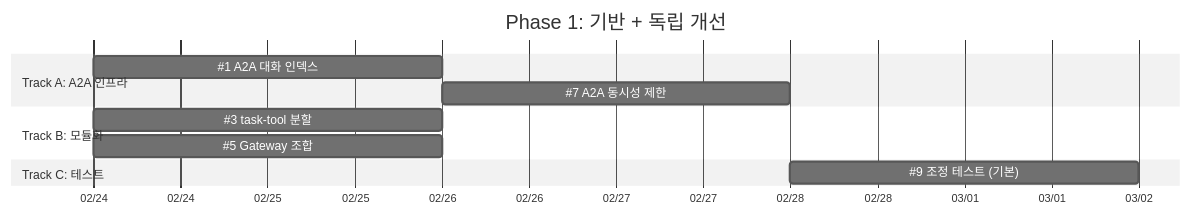
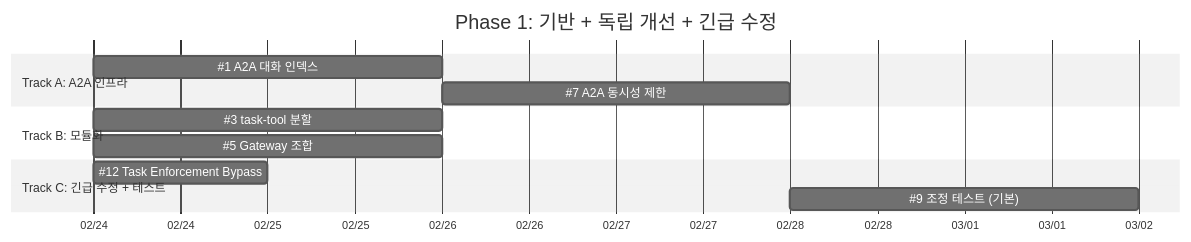
The second of 4 diagrams in prontolab/custom/improvements/ARCHITECTURE-IMPROVEMENTS.md (Pronto-Lab/prontoclaw), drawn with Mermaid (neutral theme) before and after one commit. The commit also changed other lines of this file, not shown here.

Commit message:
docs: fix architecture improvements index consistency (#11, #12 additions)

````diff
--- a/prontolab/custom/improvements/ARCHITECTURE-IMPROVEMENTS.md
+++ b/prontolab/custom/improvements/ARCHITECTURE-IMPROVEMENTS.md
@@ -113,17 +113,18 @@
 ```mermaid
 gantt
-    title Phase 1: 기반 + 독립 개선
+    title Phase 1: 기반 + 독립 개선 + 긴급 수정
     dateFormat  YYYY-MM-DD
     axisFormat  %m/%d
 
     section Track A: A2A 인프라
     #1 A2A 대화 인덱스       :a1, 2026-02-24, 2d
     #7 A2A 동시성 제한       :a7, after a1, 2d
 
     section Track B: 모듈화
     #3 task-tool 분할         :b3, 2026-02-24, 2d
     #5 Gateway 조합           :b5, 2026-02-24, 2d
 
-    section Track C: 테스트
+    section Track C: 긴급 수정 + 테스트
+    #12 Task Enforcement Bypass :c12, 2026-02-24, 1d
     #9 조정 테스트 (기본)     :c9, 2026-02-28, 2d
 ```
````
